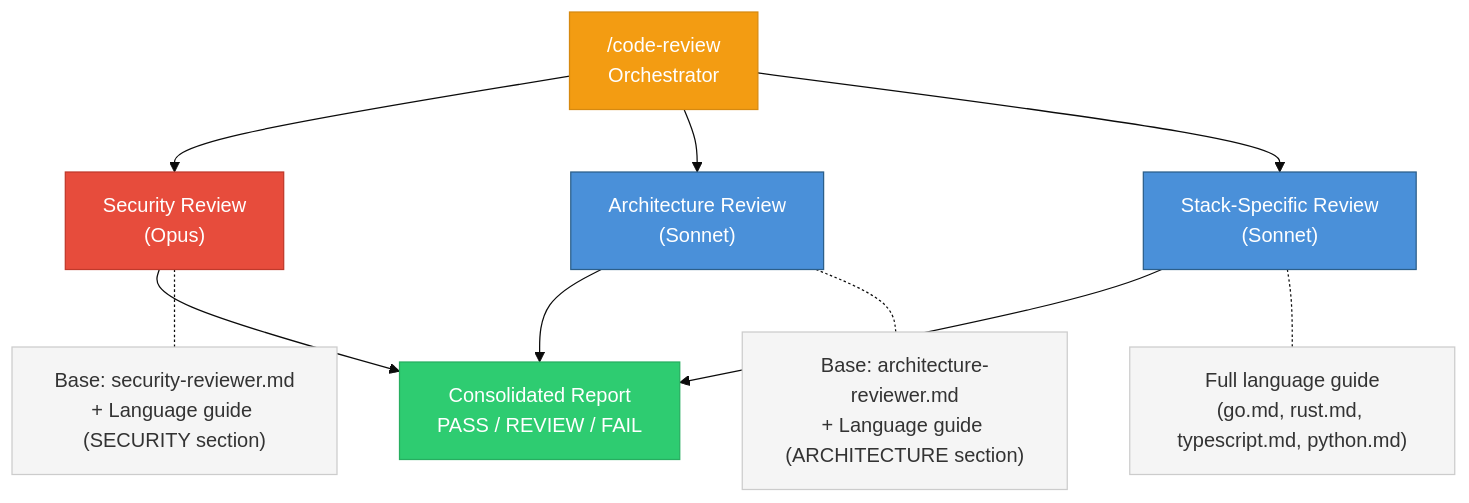
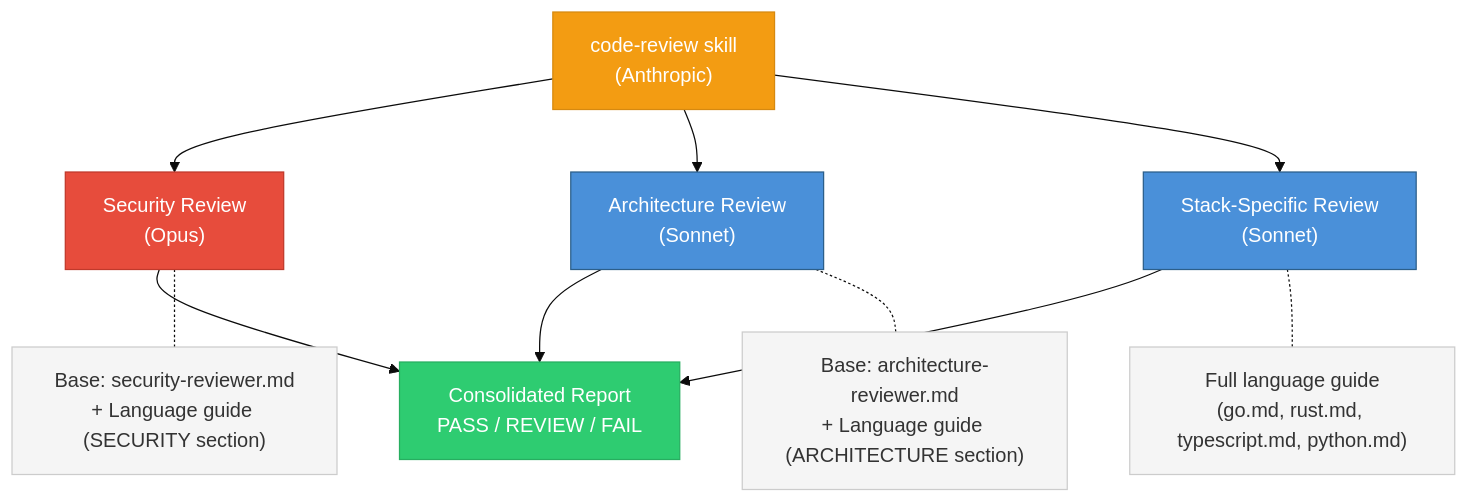
One commit to 0xrafasec/ai-workflow changed the fifth of 7 diagrams in docs/spec-driven-development.md. Above: the diagram before and after it, drawn with Mermaid (base theme). The commit also changed other lines of this file and 41 other files, not shown here.

First line of the commit message:
refactor(code-review): deprecate custom skill in favor of Anthropic's code-review

````diff
--- a/docs/spec-driven-development.md
+++ b/docs/spec-driven-development.md
@@ -171,25 +171,25 @@
 ```mermaid
 flowchart TB
-    CR["/code-review<br/>Orchestrator"]
+    CR["code-review skill<br/>(Anthropic)"]
 
     CR --> SEC["Security Review<br/>(Opus)"]
     CR --> ARCH["Architecture Review<br/>(Sonnet)"]
     CR --> STACK["Stack-Specific Review<br/>(Sonnet)"]
 
     SEC --> REPORT["Consolidated Report<br/>PASS / REVIEW / FAIL"]
     ARCH --> REPORT
     STACK --> REPORT
 
     SEC -.- SEC_GUIDE["Base: security-reviewer.md<br/>+ Language guide (SECURITY section)"]
     ARCH -.- ARCH_GUIDE["Base: architecture-reviewer.md<br/>+ Language guide (ARCHITECTURE section)"]
     STACK -.- STACK_GUIDE["Full language guide<br/>(go.md, rust.md, typescript.md, python.md)"]
 
     style CR fill:#f39c12,stroke:#d68910,color:#fff
     style SEC fill:#e74c3c,stroke:#c0392b,color:#fff
     style ARCH fill:#4a90d9,stroke:#2c5f8a,color:#fff
     style STACK fill:#4a90d9,stroke:#2c5f8a,color:#fff
     style REPORT fill:#2ecc71,stroke:#27ae60,color:#fff
     style SEC_GUIDE fill:#f5f5f5,stroke:#ccc,color:#333
     style ARCH_GUIDE fill:#f5f5f5,stroke:#ccc,color:#333
     style STACK_GUIDE fill:#f5f5f5,stroke:#ccc,color:#333
 ```
````
